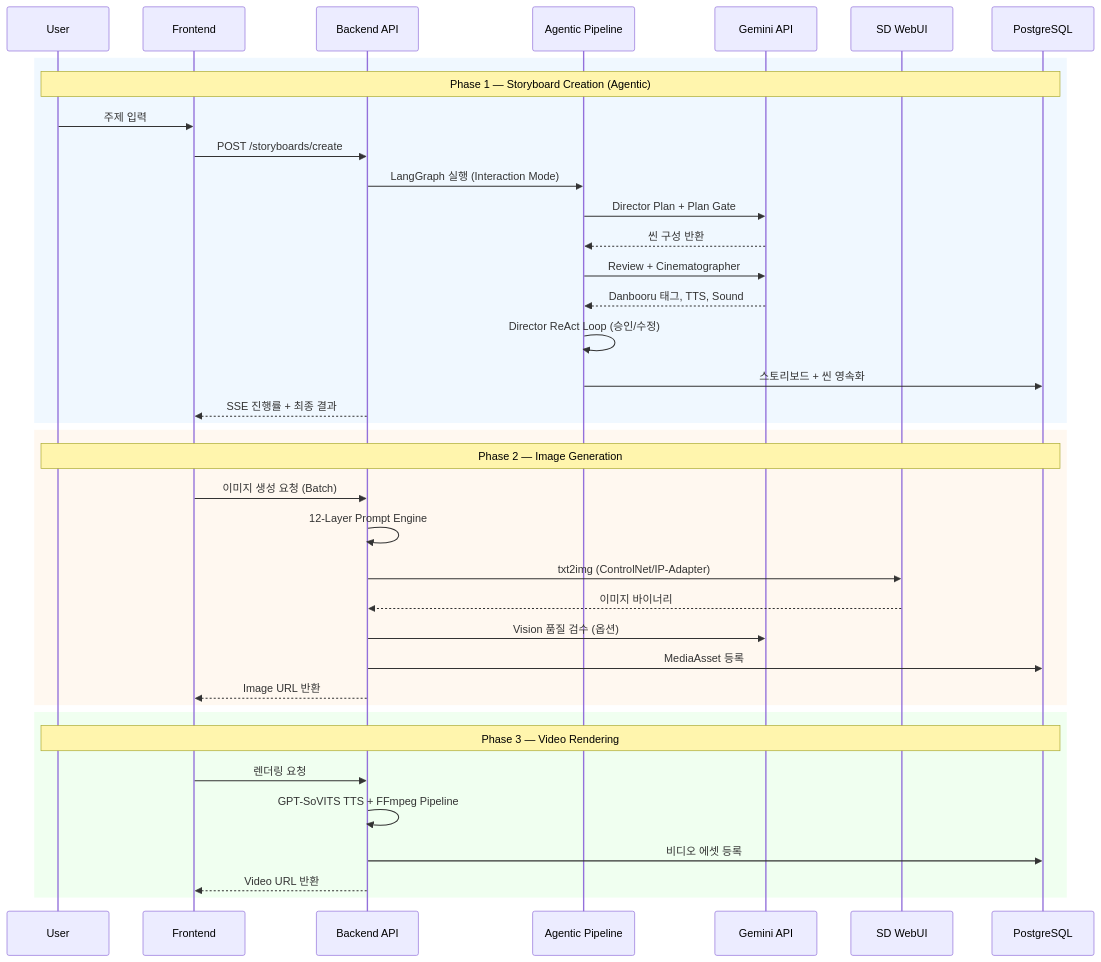
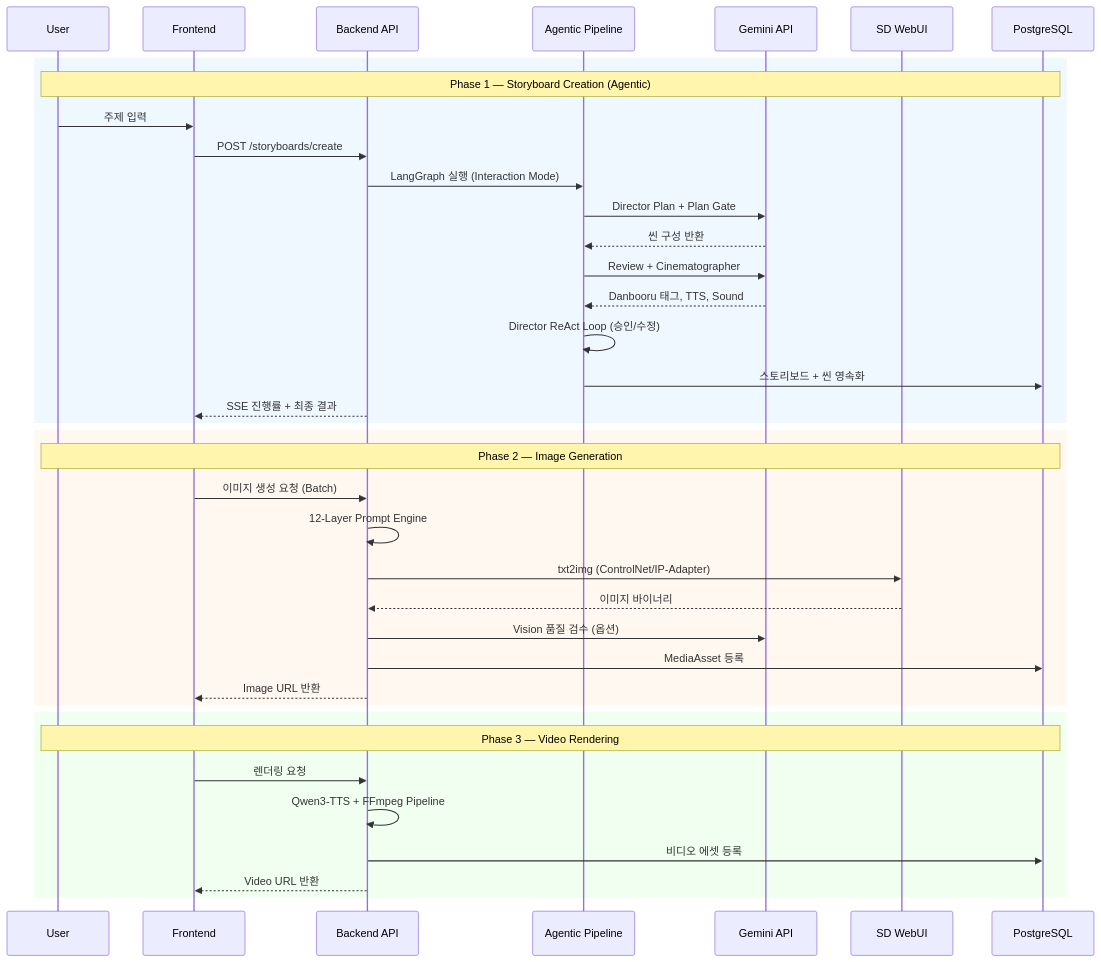
The second of 2 diagrams in docs/03_engineering/architecture/SYSTEM_OVERVIEW.md (tomo-playground/sdd-orchestrator), drawn with Mermaid before and after one commit. The commit also changed other lines of this file and 3 other files, not shown here.

First line of the commit message:
docs: SoVITS 잔여 참조 전면 제거 + Qwen3 TTS 전환 완료 처리

````diff
--- a/docs/03_engineering/architecture/SYSTEM_OVERVIEW.md
+++ b/docs/03_engineering/architecture/SYSTEM_OVERVIEW.md
@@ -114,43 +112,43 @@
 ```mermaid
 sequenceDiagram
     participant U as User
     participant F as Frontend
     participant B as Backend API
     participant AG as Agentic Pipeline
     participant Gem as Gemini API
     participant SD as SD WebUI
     participant DB as PostgreSQL
 
     rect rgb(240, 248, 255)
     Note over U,DB: Phase 1 — Storyboard Creation (Agentic)
     U->>F: 주제 입력
     F->>B: POST /storyboards/create
     B->>AG: LangGraph 실행 (Interaction Mode)
     AG->>Gem: Director Plan + Plan Gate
     Gem-->>AG: 씬 구성 반환
     AG->>Gem: Review + Cinematographer
     Gem-->>AG: Danbooru 태그, TTS, Sound
     AG->>AG: Director ReAct Loop (승인/수정)
     AG->>DB: 스토리보드 + 씬 영속화
     B-->>F: SSE 진행률 + 최종 결과
     end
 
     rect rgb(255, 248, 240)
     Note over U,DB: Phase 2 — Image Generation
     F->>B: 이미지 생성 요청 (Batch)
     B->>B: 12-Layer Prompt Engine
     B->>SD: txt2img (ControlNet/IP-Adapter)
     SD-->>B: 이미지 바이너리
     B->>Gem: Vision 품질 검수 (옵션)
     B->>DB: MediaAsset 등록
     B-->>F: Image URL 반환
     end
 
     rect rgb(240, 255, 240)
     Note over U,DB: Phase 3 — Video Rendering
     F->>B: 렌더링 요청
-    B->>B: GPT-SoVITS TTS + FFmpeg Pipeline
+    B->>B: Qwen3-TTS + FFmpeg Pipeline
     B->>DB: 비디오 에셋 등록
     B-->>F: Video URL 반환
     end
 ```
````
